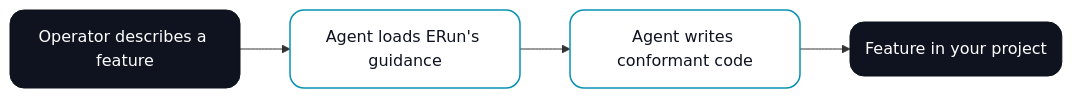
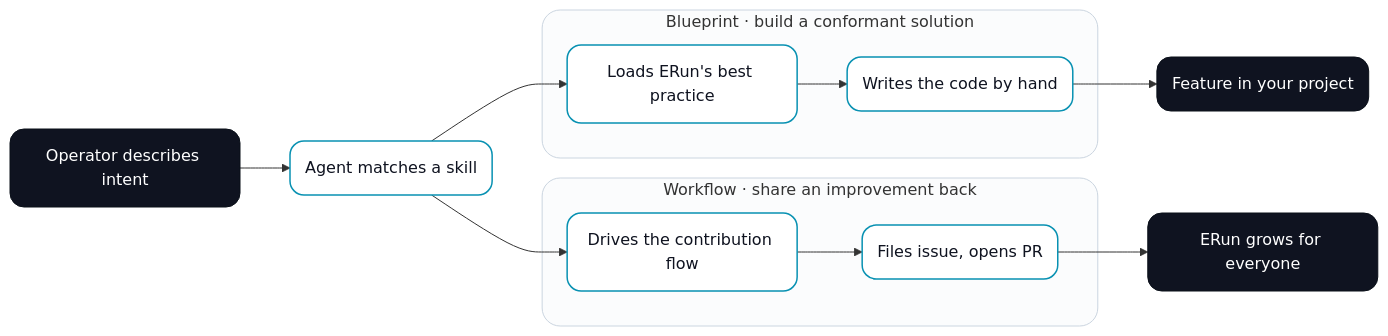
Before and after one commit to sophium/erun: the diagram in erun-docs/docs/intro.md, drawn with Mermaid. The commit also changed other lines of this file and 5 other files, not shown here.

````diff
--- a/erun-docs/docs/intro.md
+++ b/erun-docs/docs/intro.md
@@ -58,9 +58,23 @@
 ```mermaid
 flowchart LR
-    O("Operator describes a feature"):::endpoint --> A("Agent loads ERun's guidance"):::step
-    A --> C("Agent writes conformant code"):::step
-    C --> R("Feature in your project"):::endpoint
+    O("Operator describes intent"):::endpoint --> A("Agent matches a skill"):::step
+
+    subgraph BL [Blueprint · build a conformant solution]
+        B1("Loads ERun's best practice"):::step --> B2("Writes the code by hand"):::step
+    end
+
+    subgraph WF [Workflow · share an improvement back]
+        W1("Drives the contribution flow"):::step --> W2("Files issue, opens PR"):::step
+    end
+
+    A --> B1
+    A --> W1
+    B2 --> R1("Feature in your project"):::endpoint
+    W2 --> R2("ERun grows for everyone"):::endpoint
+
+    class BL,WF namespace
 
     classDef endpoint fill:#0f1320,color:#ffffff,stroke:#0a1019,stroke-width:1px,rx:14,ry:14;
     classDef step     fill:#ffffff,color:#0f1320,stroke:#0891b2,stroke-width:1.5px,rx:14,ry:14;
+    classDef namespace fill:#fbfcfd,stroke:#cbd5e0,stroke-width:1px,rx:18,ry:18;
 ```
````
